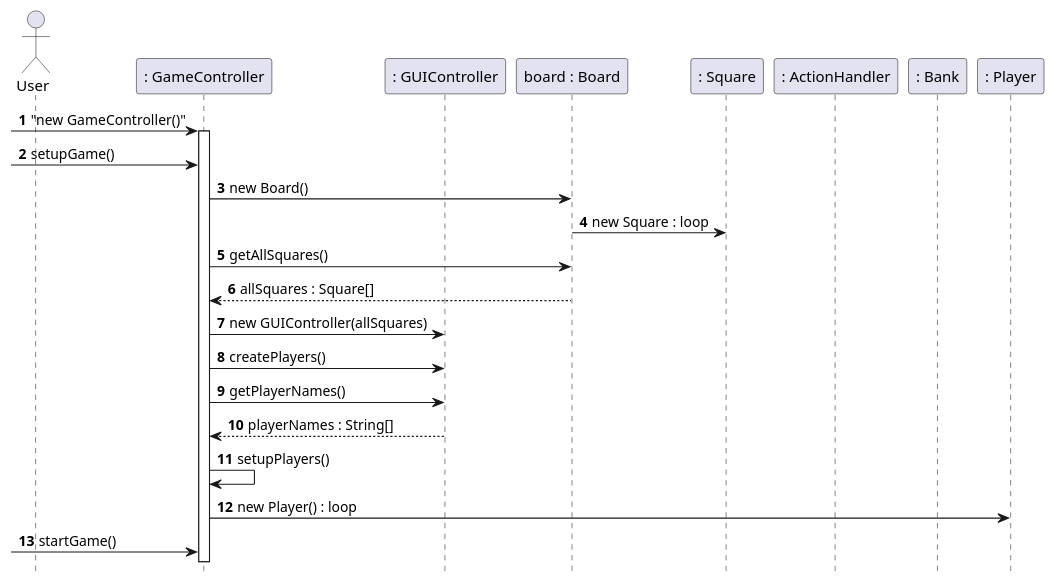
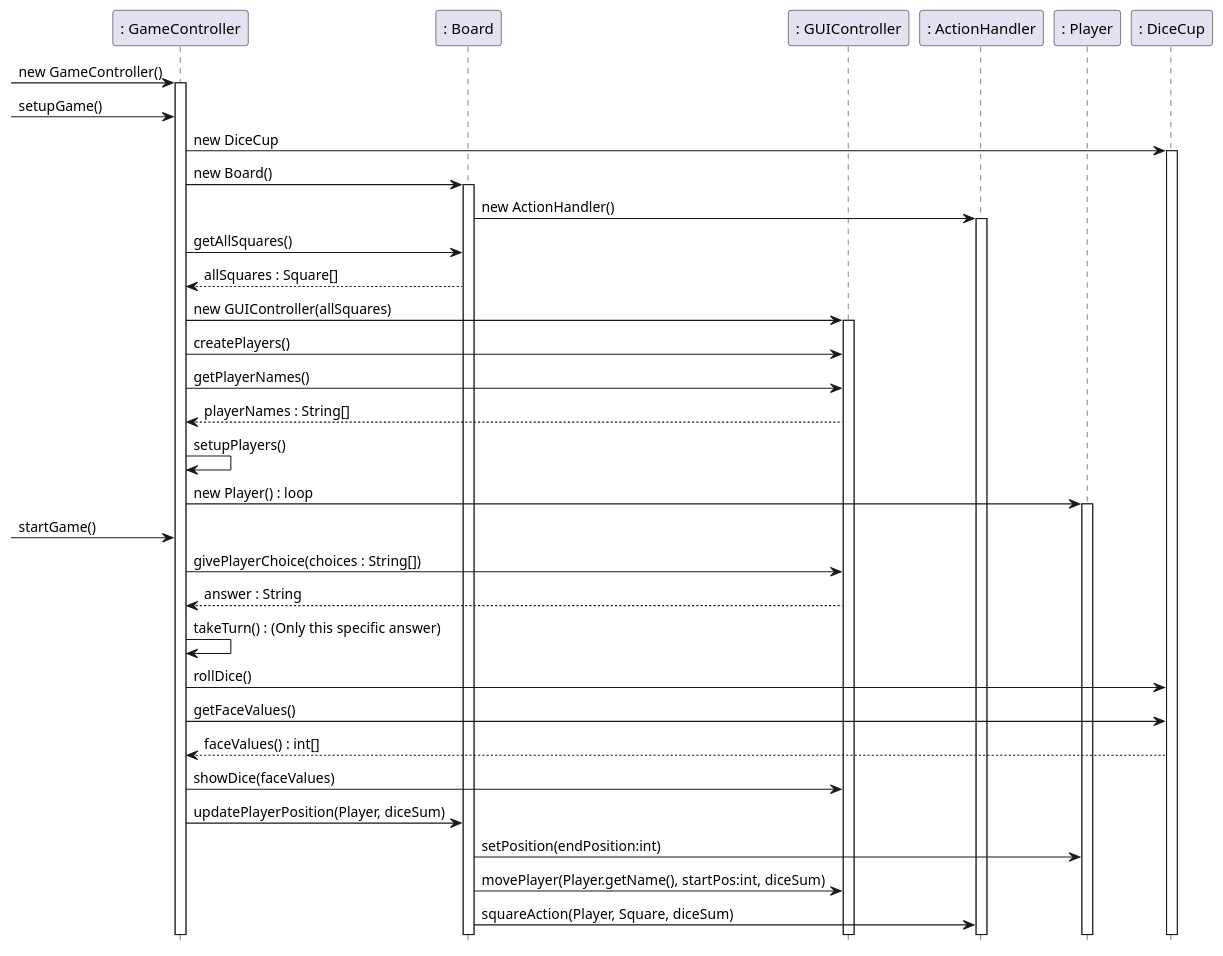
Before and after one commit to Greve2001/CDIO-final: the diagram in diagrams/SD_Main_UseCase.puml, drawn with PlantUML.

Commit message:
Made SD for Main usecase without loops

```diff
--- a/diagrams/SD_Main_UseCase.puml
+++ b/diagrams/SD_Main_UseCase.puml
@@ -1,31 +1,47 @@
 @startuml
 
-autonumber
 hidefootbox
 
-Actor User
 Participant ": GameController" as GameC
+Participant ": Board" as Board
 Participant ": GUIController" as GuiC
-Participant "board : Board" as Board
-Participant ": Square" as Square
 Participant ": ActionHandler" as AH
-Participant ": Bank" as Bank
 Participant ": Player" as Player
+Participant ": DiceCup" as DiceCup
 
--> GameC : "new GameController()"
+
+-> GameC : new GameController()
 Activate GameC
 -> GameC : setupGame()
+    GameC -> DiceCup : new DiceCup
+        Activate DiceCup
     GameC -> Board : new Board()
-        Board -> Square : new Square : loop
+        Activate Board
+        Board -> AH : new ActionHandler()
+            Activate AH
     GameC -> Board : getAllSquares()
     GameC <-- Board : allSquares : Square[]
     GameC -> GuiC : new GUIController(allSquares)
+        Activate GuiC
     GameC -> GuiC : createPlayers()
     GameC -> GuiC : getPlayerNames()
     GameC <-- GuiC : playerNames : String[]
     GameC -> GameC : setupPlayers()
     GameC -> Player : new Player() : loop
+        Activate Player
 
 -> GameC : startGame()
+    GameC -> GuiC : givePlayerChoice(choices : String[])
+    GameC <-- GuiC : answer : String
+    GameC -> GameC : takeTurn() : (Only this specific answer)
 
+    GameC -> DiceCup : rollDice()
+    GameC -> DiceCup : getFaceValues()
+    GameC <-- DiceCup : faceValues() : int[]
+    GameC -> GuiC : showDice(faceValues)
+
+    GameC -> Board : updatePlayerPosition(Player, diceSum)
+        Board -> Player : setPosition(endPosition:int)
+        Board -> GuiC : movePlayer(Player.getName(), startPos:int, diceSum)
+        Board -> AH : squareAction(Player, Square, diceSum)
 @enduml
```
